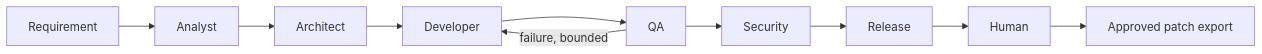
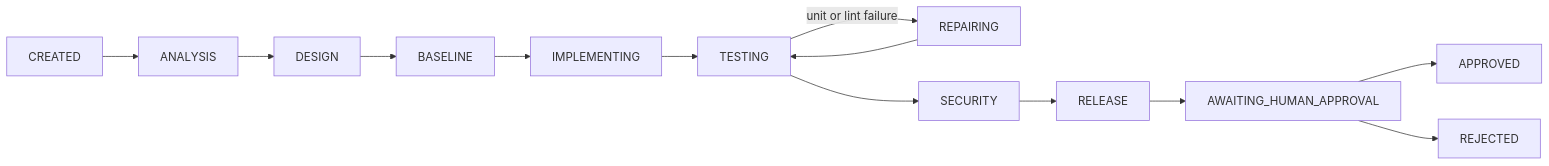
The second of 2 diagrams in README.md (pranjalpathak7/cortexforge), drawn with Mermaid before and after one commit. The commit also changed other lines of this file and 2 other files, not shown here.

Commit message:
docs: expand setup, architecture and verification walkthrough

````diff
--- a/README.md
+++ b/README.md
@@ -10,8 +495,9 @@
 ```mermaid
 flowchart LR
-  Requirement --> Analyst --> Architect --> Developer
-  Developer --> QA
-  QA -->|failure, bounded| Developer
-  QA --> Security --> Release --> Human
-  Human --> Patch[Approved patch export]
+    CREATED --> ANALYSIS --> DESIGN --> BASELINE --> IMPLEMENTING --> TESTING
+    TESTING -->|unit or lint failure| REPAIRING
+    REPAIRING --> TESTING
+    TESTING --> SECURITY --> RELEASE --> REVIEW[AWAITING_HUMAN_APPROVAL]
+    REVIEW --> APPROVED
+    REVIEW --> REJECTED
 ```
````
